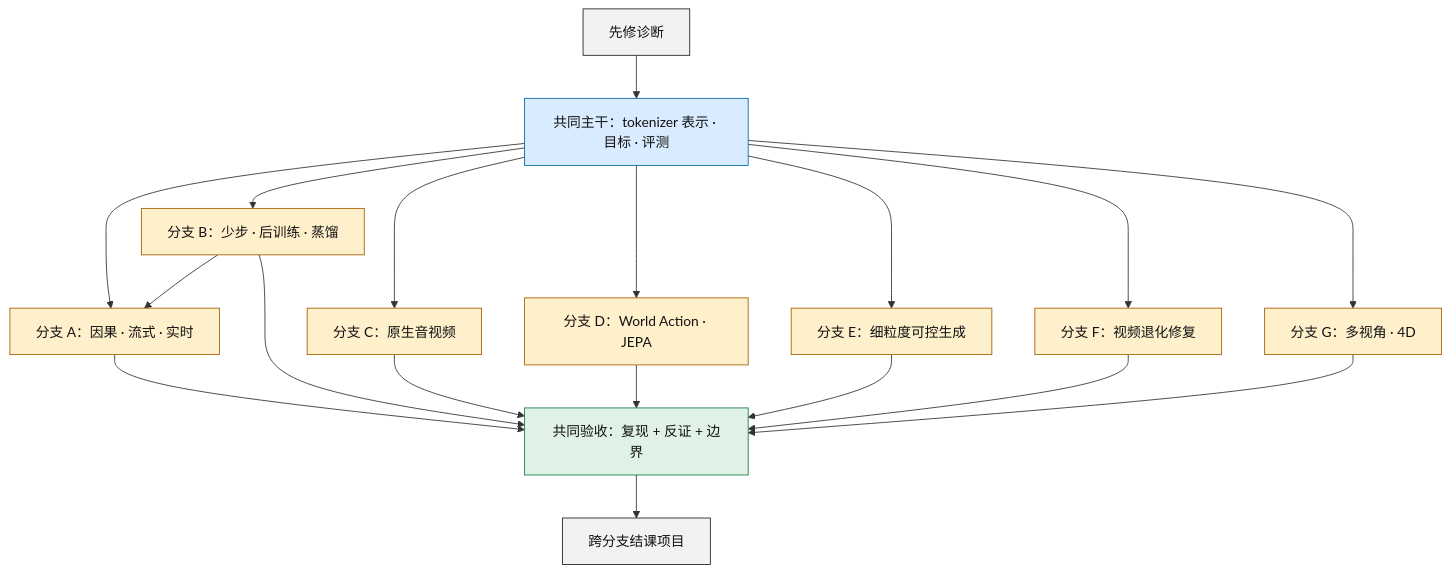
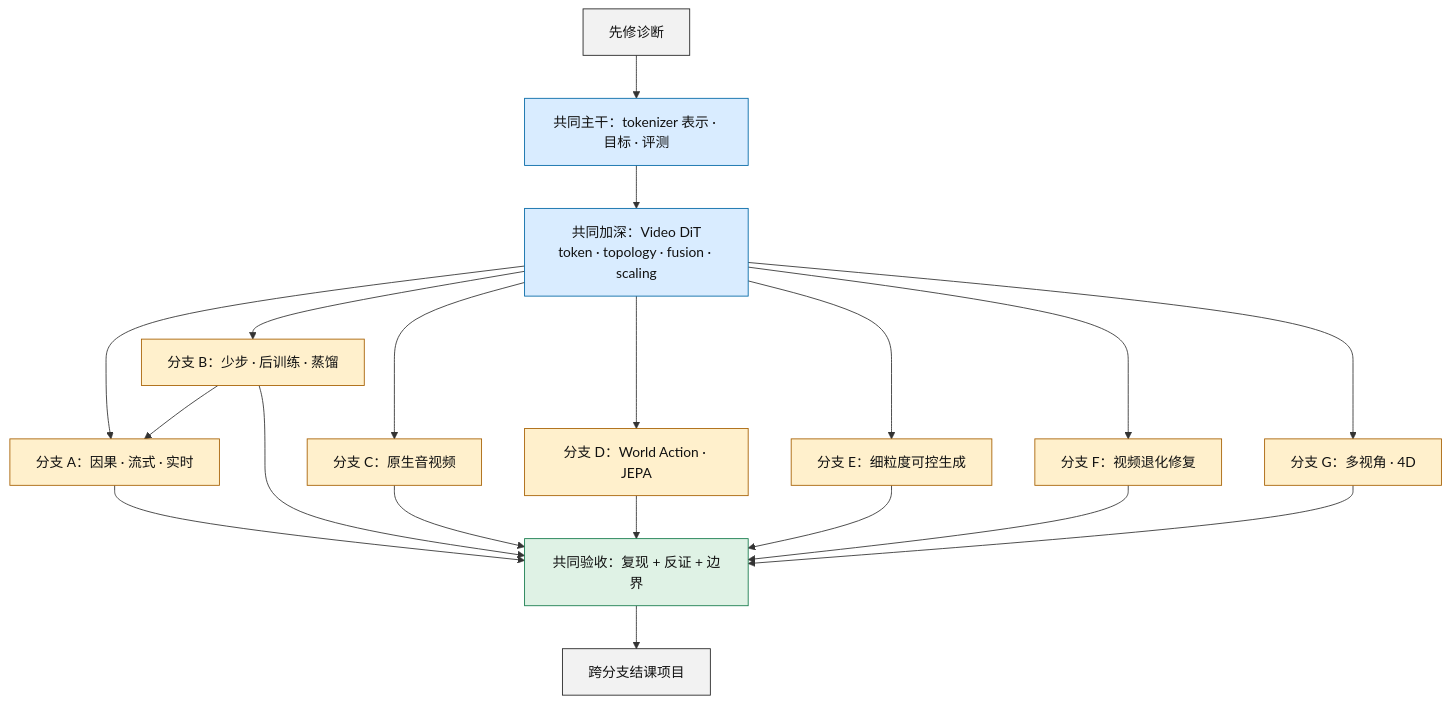
The first of 2 diagrams in docs/reading-list.md (GVCLab/Video-Generation-101), drawn with Mermaid before and after one commit. The commit also changed other lines of this file and 20 other files, not shown here.

Commit message:
docs: add Video DiT backbone and scaling guide

````diff
--- a/docs/reading-list.md
+++ b/docs/reading-list.md
@@ -42,32 +43,33 @@
 ```mermaid
 flowchart TB
     accTitle: 视频生成论文课程的依赖路线
-    accDescr: 学习者先完成先修诊断，再通过 tokenizer 表示、生成目标和评测组成的共同主干。之后可选择因果流式、少步与后训练、原生音视频、World Action 与 JEPA、细粒度可控生成、视频退化修复、多视角与4D七条分支。每条分支都进入共同验收，并以跨分支结课项目结束。
+    accDescr: 学习者先完成先修诊断，再通过 tokenizer 表示、生成目标和评测组成的共同主干，并完成 Video DiT 的 token、注意力、融合与扩展加深单元。之后可选择因果流式、少步与后训练、原生音视频、World Action 与 JEPA、细粒度可控生成、视频退化修复、多视角与4D七条任务分支。每条分支都进入共同验收，并以跨分支结课项目结束。
 
     P["先修诊断"] --> K["共同主干：tokenizer 表示 · 目标 · 评测"]
-    K --> S["分支 A：因果 · 流式 · 实时"]
-    K --> D["分支 B：少步 · 后训练 · 蒸馏"]
-    K --> A["分支 C：原生音视频"]
-    K --> W["分支 D：World Action · JEPA"]
-    K --> G["分支 E：细粒度可控生成"]
-    K --> R["分支 F：视频退化修复"]
-    K --> M["分支 G：多视角 · 4D"]
+    K --> B["共同加深：Video DiT<br/>token · topology · fusion · scaling"]
+    B --> S["分支 A：因果 · 流式 · 实时"]
+    B --> D["分支 B：少步 · 后训练 · 蒸馏"]
+    B --> A["分支 C：原生音视频"]
+    B --> W["分支 D：World Action · JEPA"]
+    B --> G["分支 E：细粒度可控生成"]
+    B --> R["分支 F：视频退化修复"]
+    B --> M["分支 G：多视角 · 4D"]
     D --> S
     S --> V["共同验收：复现 + 反证 + 边界"]
     D --> V
     A --> V
     W --> V
     G --> V
     R --> V
     M --> V
     V --> C["跨分支结课项目"]
 
     classDef gate fill:#f2f2f2,stroke:#222,color:#111
     classDef trunk fill:#d9ecff,stroke:#0067a5,color:#111
     classDef branch fill:#fff0cc,stroke:#a65f00,color:#111
     classDef verify fill:#dff2e5,stroke:#147a4b,color:#111
     class P,C gate
-    class K trunk
+    class K,B trunk
     class S,D,A,W,G,R,M branch
     class V verify
 ```
````
